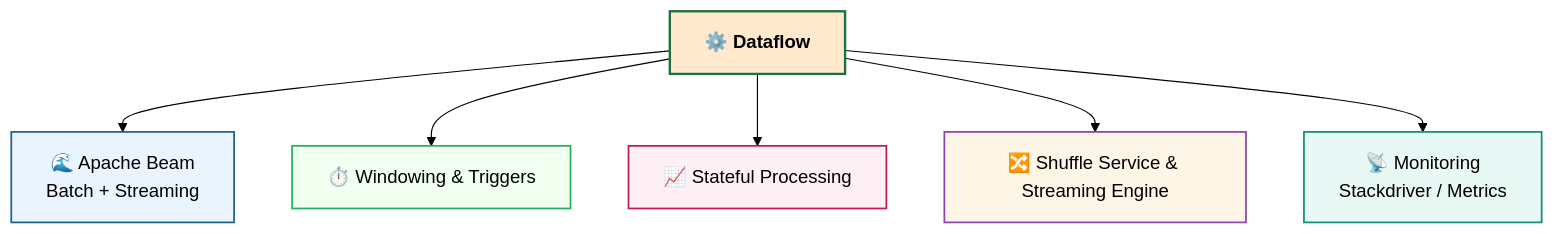
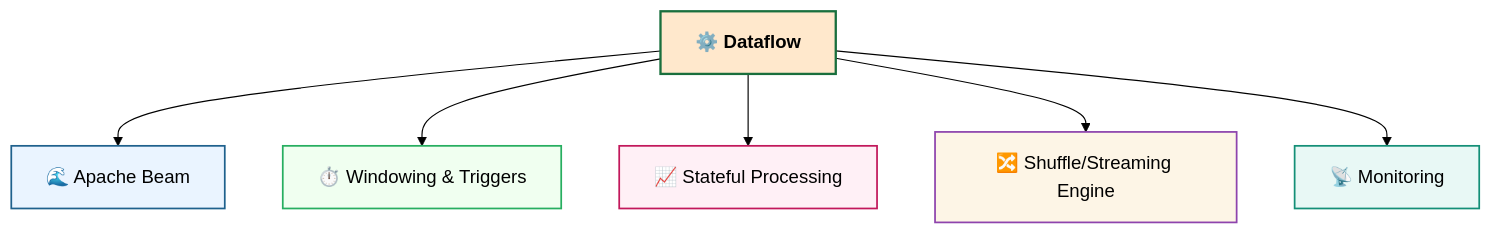
One commit to blaire101/DE2-AWS-Azure-GCP-2025 changed the seventh of 8 diagrams in GCP-interview.md. Above: the diagram before and after it, drawn with Mermaid (forest theme). The commit also changed other lines of this file, not shown here.

````diff
--- a/GCP-interview.md
+++ b/GCP-interview.md
@@ -332,27 +254,21 @@
 ```mermaid
 flowchart TB
-    %% ===== Styles =====
     classDef main fill:#ffe8cc,stroke:#196f3d,stroke-width:2px,font-weight:bold,color:#000
     classDef beam fill:#eaf4ff,stroke:#1f618d,stroke-width:1.5px
     classDef window fill:#f0fff0,stroke:#27ae60,stroke-width:1.5px
     classDef state fill:#fff0f6,stroke:#c2185b,stroke-width:1.5px
     classDef shuffle fill:#fdf5e6,stroke:#8e44ad,stroke-width:1.5px
     classDef monitor fill:#e8f8f5,stroke:#148f77,stroke-width:1.5px
 
-    %% ===== Main Node =====
     A[⚙️ Dataflow]:::main
-
-    %% ===== Sub Nodes =====
-    B[🌊 Apache Beam<br>Batch + Streaming]:::beam
+    B[🌊 Apache Beam]:::beam
     C[⏱️ Windowing & Triggers]:::window
     D[📈 Stateful Processing]:::state
-    E[🔀 Shuffle Service & Streaming Engine]:::shuffle
-    F[📡 Monitoring<br>Stackdriver / Metrics]:::monitor
-
-    %% ===== Layout =====
+    E[🔀 Shuffle/Streaming Engine]:::shuffle
+    F[📡 Monitoring]:::monitor
     A --> B
     A --> C
     A --> D
     A --> E
     A --> F
 ```
````
